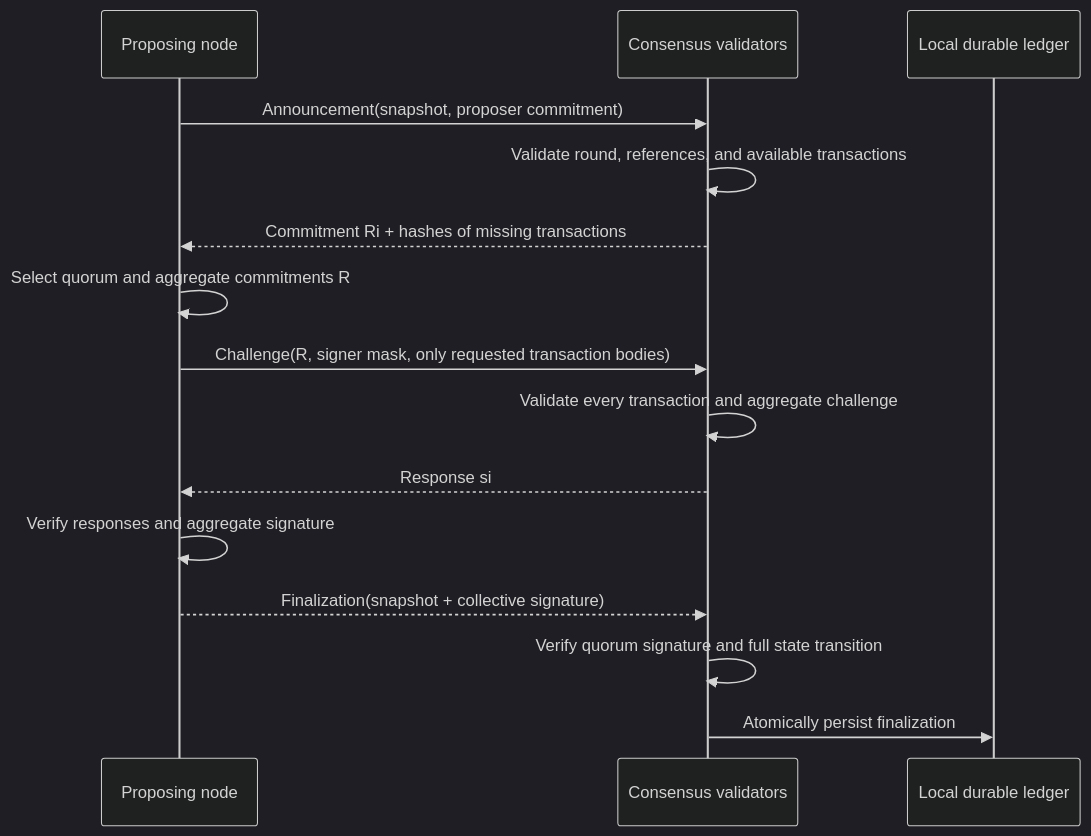
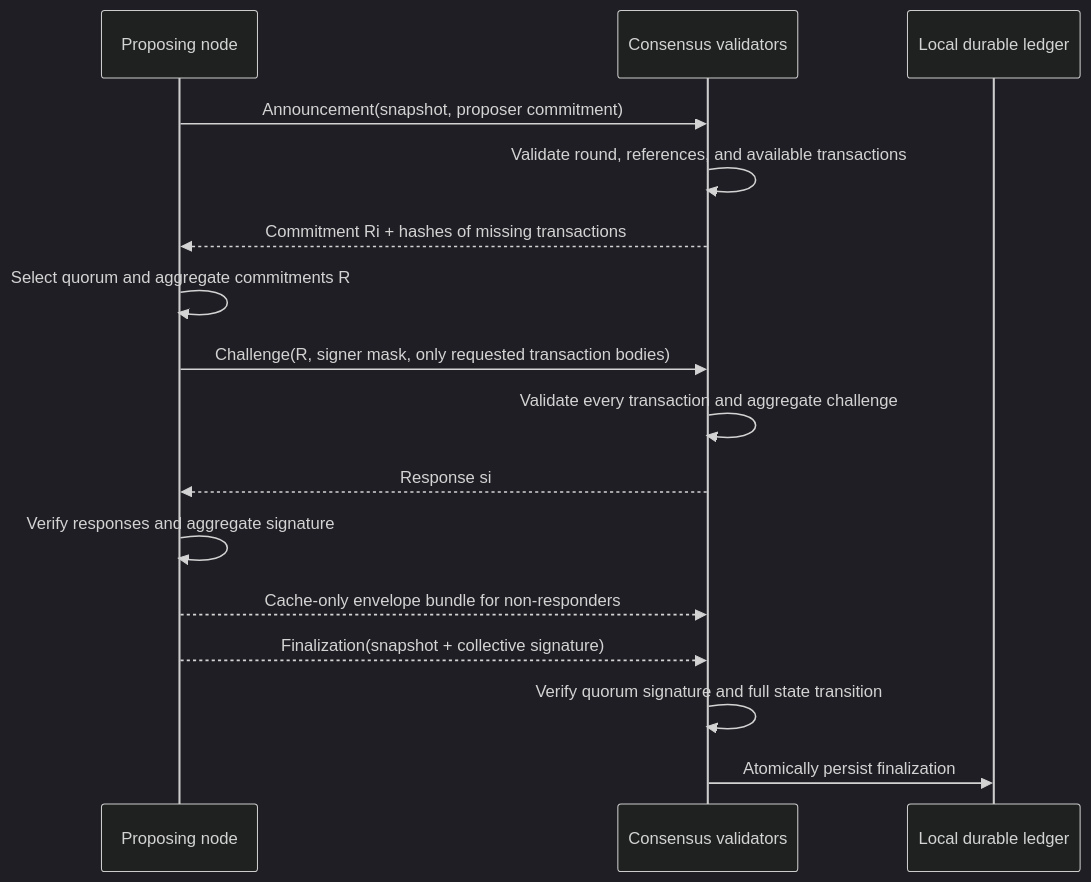
The fifth of 6 diagrams in doc/mixin-kernel-technical-paper.md (MixinNetwork/mixin), drawn with Mermaid (dark theme) before and after one commit. The commit also changed other lines of this file and 1 other file, not shown here.

````diff
--- a/doc/mixin-kernel-technical-paper.md
+++ b/doc/mixin-kernel-technical-paper.md
@@ -398,18 +421,19 @@
 ```mermaid
 sequenceDiagram
     participant P as Proposing node
     participant V as Consensus validators
     participant L as Local durable ledger
 
     P->>V: Announcement(snapshot, proposer commitment)
     V->>V: Validate round, references, and available transactions
     V-->>P: Commitment Ri + hashes of missing transactions
     P->>P: Select quorum and aggregate commitments R
     P->>V: Challenge(R, signer mask, only requested transaction bodies)
     V->>V: Validate every transaction and aggregate challenge
     V-->>P: Response si
     P->>P: Verify responses and aggregate signature
+    P-->>V: Cache-only envelope bundle for non-responders
     P-->>V: Finalization(snapshot + collective signature)
     V->>V: Verify quorum signature and full state transition
     V->>L: Atomically persist finalization
 ```
````
